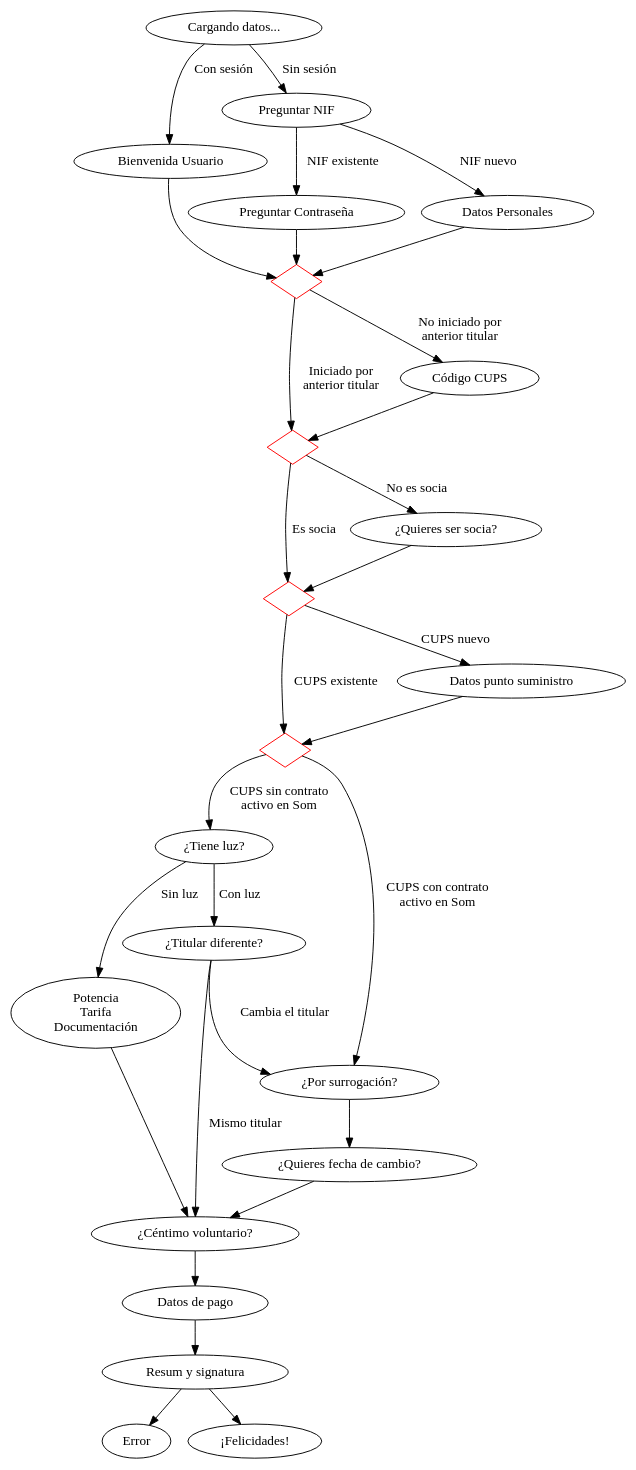
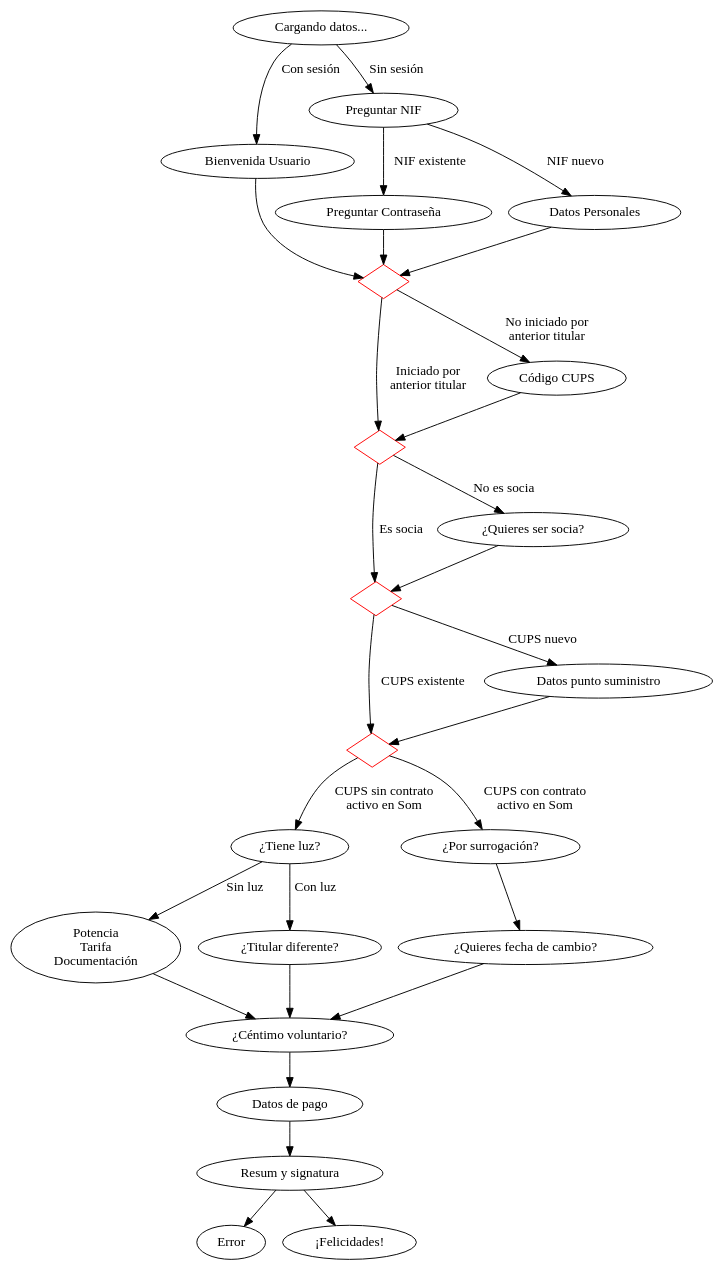
The diagram in docs/contract.dot (Som-Energia/webforms-mithril), drawn with Graphviz before and after one commit. The commit also changed 2 other files, not shown here.

Commit message:
no surrogacion para cambios de titular no desde som

```diff
--- a/docs/contract.dot
+++ b/docs/contract.dot
@@ -1,56 +1,55 @@
 digraph G {
     graph [layout=dot]
     
     UserIdentified [color=red, shape=diamond, label=""]
     CupsIdentified [color=red, shape=diamond, label=""]
     MembershipSolved [color=red, shape=diamond, label=""]
     CupsDataCompleted [color=red, shape=diamond, label=""]
 
 	Loading [label="Cargando datos..."]
 	WelcomeUser [label="Bienvenida Usuario"]
 	Nif [label="Preguntar NIF"]
 	Password [label="Preguntar Contraseña"]
 	PersonalData [label="Datos Personales"]
 	CupsCode [label="Código CUPS"]
 	BecomeMember [label="¿Quieres ser socia?"]
 	CupsData [label="Datos punto suministro"]
 	HasSupply [label="¿Tiene luz?"]
 	Technical [label="Potencia\nTarifa\nDocumentación"]
 	NewHolder [label="¿Titular diferente?"]
 	Surrogation [label="¿Por surrogación?"]
 	SwitchDate [label="¿Quieres fecha de cambio?"]
 	VoluntaryCent [label="¿Céntimo voluntario?"]
 	Payment [label="Datos de pago"]
 	Summary [label="Resum y signatura"]
 	Error [label="Error"]
 	Success [label="¡Felicidades!"]
 
    
     Loading -> WelcomeUser [id="hasSession" label="Con sesión"]
     Loading -> Nif [id="noSession" label="Sin sesión"]
     Nif -> Password [id="existingVat" label="NIF existente"]
     Nif -> PersonalData [id="newVat" label="NIF nuevo"]
     WelcomeUser -> UserIdentified
     PersonalData -> UserIdentified
     Password -> UserIdentified
     UserIdentified -> CupsCode [id="noStartedByOldHolder" label="No iniciado por\nanterior titular"]
     CupsCode -> CupsIdentified
     UserIdentified -> CupsIdentified [id="startedByOldHolder" label="Iniciado por\nanterior titular"]
     CupsIdentified -> BecomeMember [id="notMember" label="No es socia"]
     CupsIdentified -> MembershipSolved [id="isMember" label="Es socia"]
     BecomeMember -> MembershipSolved
     MembershipSolved -> CupsData [id="newCups" label="CUPS nuevo"]
     MembershipSolved -> CupsDataCompleted [id="existingCups" label="CUPS existente"]
     CupsData -> CupsDataCompleted
     CupsDataCompleted -> HasSupply [id="noActiveCups" label="CUPS sin contrato\nactivo en Som"]
     CupsDataCompleted -> Surrogation [id="isActiveCups" label="CUPS con contrato\nactivo en Som"]
     HasSupply -> Technical [id=noSupply label="Sin luz"]
     Technical -> VoluntaryCent
     HasSupply -> NewHolder [id=hasSupply label="Con luz"]
-    NewHolder -> Surrogation [id=newHolder label="Cambia el titular"]
-    NewHolder -> VoluntaryCent [id=sameHolder label="Mismo titular"]
+    NewHolder -> VoluntaryCent
     Surrogation -> SwitchDate
     SwitchDate -> VoluntaryCent -> Payment -> Summary 
     Summary ->  Error
     Summary -> Success
 } 
```
